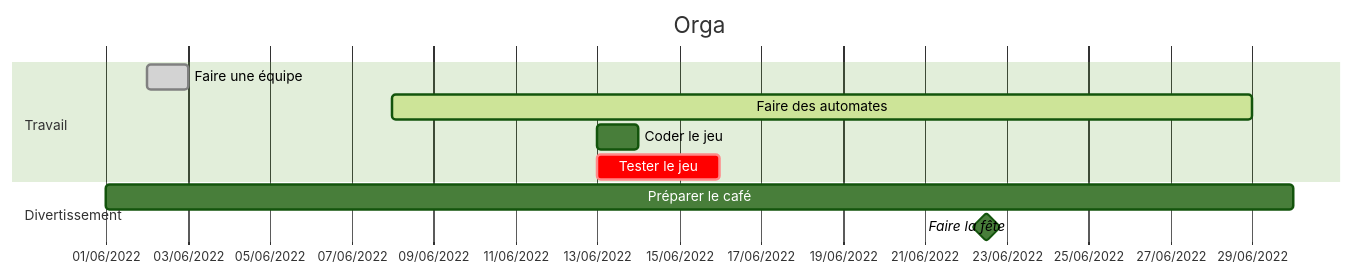
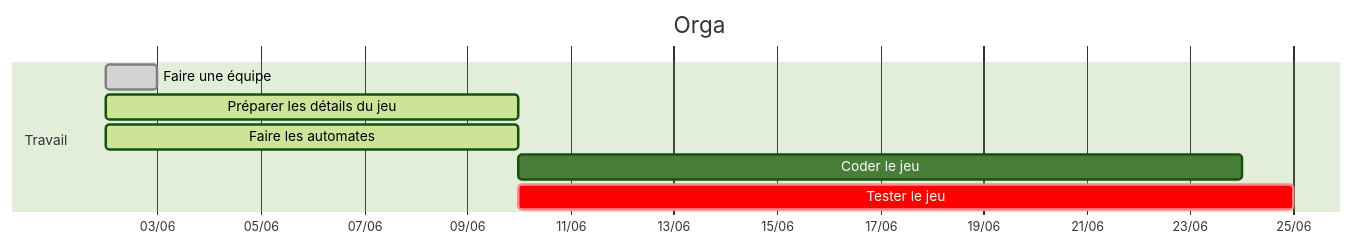
Before and after one commit to matteodcr/Patatruck: the diagram in README.md, drawn with Mermaid (forest theme). The commit also changed other lines of this file and 2 other files, not shown here.

Commit message:
Add CAHIER_DES_CHARGES.md, LOG.md and update README.md

````diff
--- a/README.md
+++ b/README.md
@@ -325,16 +92,13 @@
 ```mermaid
 gantt
 title Orga
 dateFormat DD/MM/YY
-axisFormat  %d/%m/%Y
+axisFormat  %d/%m
 
 section Travail
 Faire une équipe :done, 02/06/22, 1d
-Faire des automates :active, 08/06/22, 21d
-Coder le jeu :13/06/22, 1d
-Tester le jeu :crit, 13/06/22, 3d
-
-section Divertissement
-Préparer le café: 01/06/22,30/06/22
-Faire la fête: milestone,15/06/22
+Préparer les détails du jeu :active, 02/06/22, 8d
+Faire les automates :active, 02/06/22, 8d
+Coder le jeu :10/06/22, 14d
+Tester le jeu :crit, 10/06/22, 15d
 ```
````
